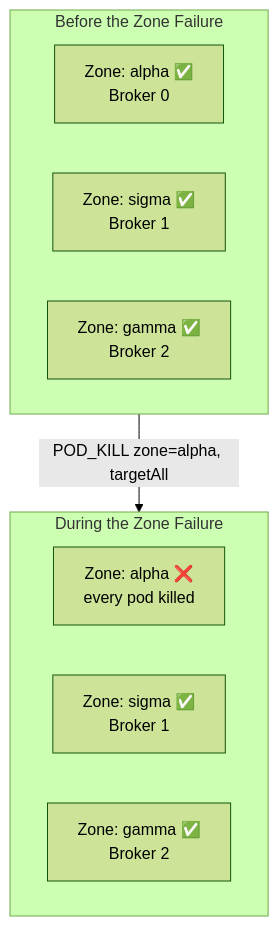
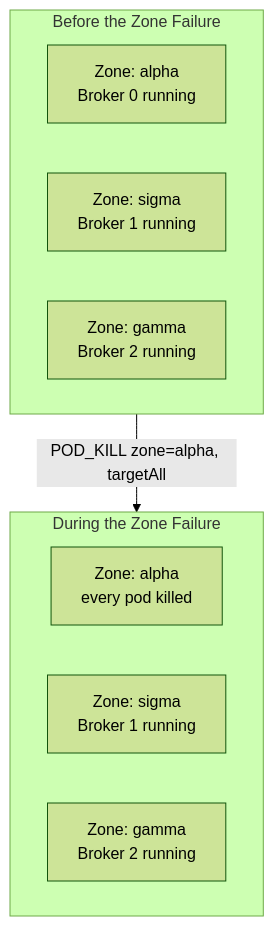
The fifth of 7 diagrams in docs/book/07-chaos-practice.md (bmscomp/kates), drawn with Mermaid (forest theme) before and after one commit. The commit also changed other lines of this file and 52 other files, not shown here.

````diff
--- a/docs/book/07-chaos-practice.md
+++ b/docs/book/07-chaos-practice.md
@@ -340,19 +319,19 @@
 ```mermaid
 %%| label: fig-practice-az-failure
-%%| fig-cap: "az-failure kills every Kafka pod labelled `zone=alpha` at once; the brokers in `sigma` and `gamma` keep running."
+%%| fig-cap: "az-failure kills every Kafka pod labeled `zone=alpha` at once; the brokers in `sigma` and `gamma` keep running."
 %%| fig-alt: "Two panels. Before the zone failure, zones alpha, sigma and gamma each run one broker and all are healthy. A POD_KILL on zone=alpha with targetAll leads to the second panel: every pod in alpha is killed, while the brokers in sigma and gamma are still healthy."
 graph TB
     subgraph Before["Before the Zone Failure"]
-        N1[Zone: alpha ✅<br/>Broker 0]
-        N2[Zone: sigma ✅<br/>Broker 1]
-        N3[Zone: gamma ✅<br/>Broker 2]
+        N1[Zone: alpha<br/>Broker 0 running]
+        N2[Zone: sigma<br/>Broker 1 running]
+        N3[Zone: gamma<br/>Broker 2 running]
     end
-    
+
     subgraph During["During the Zone Failure"]
-        N1b[Zone: alpha ❌<br/>every pod killed]
-        N2b[Zone: sigma ✅<br/>Broker 1]
-        N3b[Zone: gamma ✅<br/>Broker 2]
+        N1b[Zone: alpha<br/>every pod killed]
+        N2b[Zone: sigma<br/>Broker 1 running]
+        N3b[Zone: gamma<br/>Broker 2 running]
     end
-    
+
     Before -->|"POD_KILL zone=alpha, targetAll"| During
 ```
````
